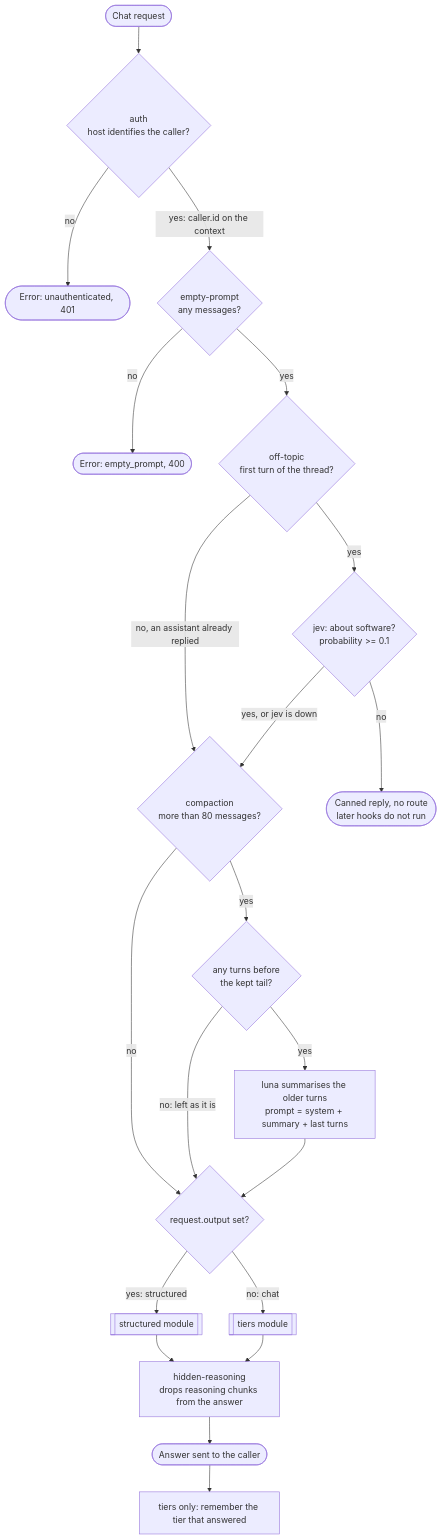
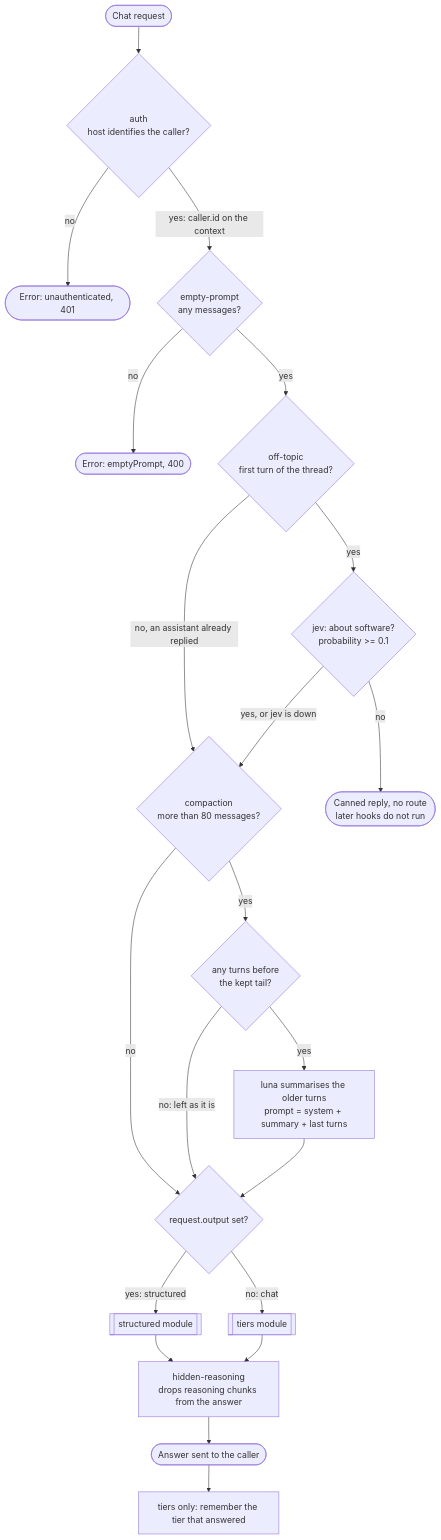
The first of 3 diagrams in examples/coder/README.md (skrrt-sh/motty-sdk), drawn with Mermaid before and after one commit. The commit also changed 184 other files, not shown here.

````diff
--- a/examples/coder/README.md
+++ b/examples/coder/README.md
@@ -13,29 +13,29 @@
 ```mermaid
 flowchart TD
   request([Chat request]) --> auth{"auth<br/>host identifies the caller?"}
   auth -- no --> rejected(["Error: unauthenticated, 401"])
   auth -- "yes: caller.id on the context" --> empty{"empty-prompt<br/>any messages?"}
-  empty -- no --> emptyError(["Error: empty_prompt, 400"])
+  empty -- no --> emptyError(["Error: emptyPrompt, 400"])
   empty -- yes --> opening{"off-topic<br/>first turn of the thread?"}
 
   opening -- "no, an assistant already replied" --> long
   opening -- yes --> topic{"jev: about software?<br/>probability >= 0.1"}
   topic -- "yes, or jev is down" --> long
   topic -- no --> canned(["Canned reply, no route<br/>later hooks do not run"])
 
   long{"compaction<br/>more than 80 messages?"}
   long -- no --> kind
   long -- yes --> older{"any turns before<br/>the kept tail?"}
   older -- "no: left as it is" --> kind
   older -- yes --> summarise["luna summarises the older turns<br/>prompt = system + summary + last turns"]
   summarise --> kind
 
   kind{"request.output set?"}
   kind -- "yes: structured" --> structured[[structured module]]
   kind -- "no: chat" --> tiers[[tiers module]]
 
   structured --> strip
   tiers --> strip
   strip["hidden-reasoning<br/>drops reasoning chunks from the answer"] --> sent([Answer sent to the caller])
   sent --> remember["tiers only: remember the tier that answered"]
 ```
````
